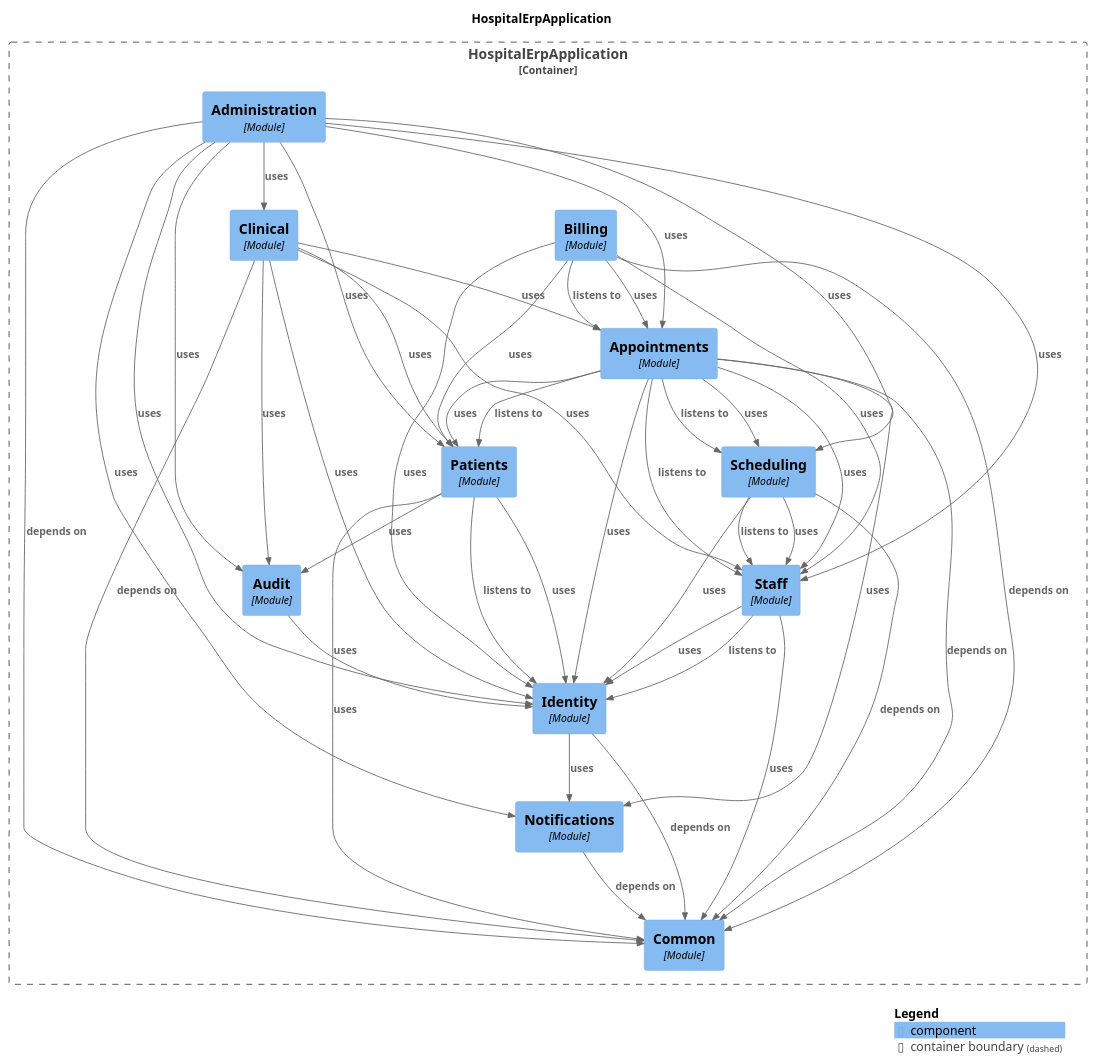
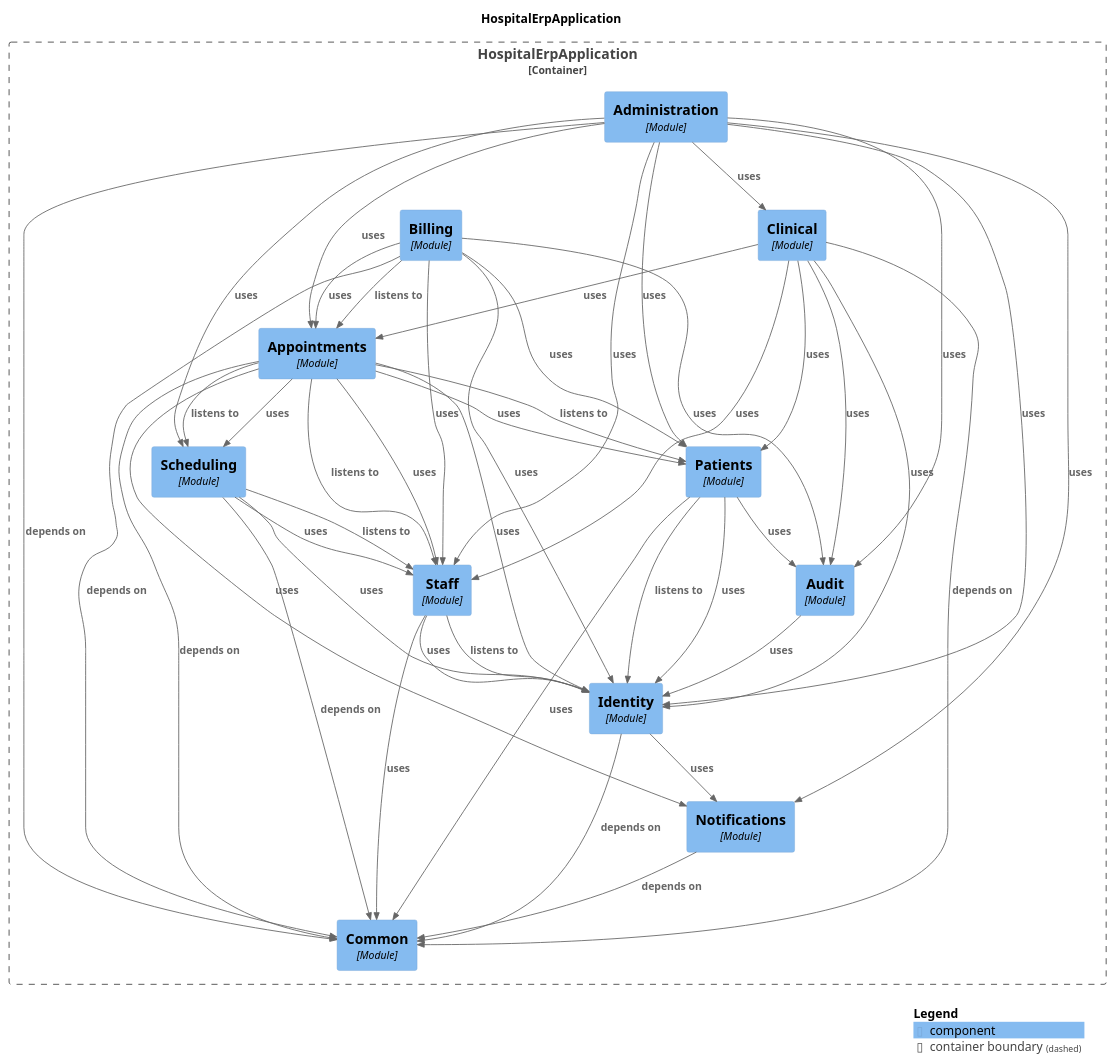
The diagram in docs/modules/components.puml (harshsharma5720/HospitalERP), drawn with PlantUML before and after one commit. The commit also changed 27 other files, not shown here.

```diff
--- a/docs/modules/components.puml
+++ b/docs/modules/components.puml
@@ -1,72 +1,73 @@
 @startuml
 set separator none
 title HospitalErpApplication
 
 top to bottom direction
 
 !include <C4/C4>
 !include <C4/C4_Context>
 !include <C4/C4_Component>
 
 Container_Boundary("HospitalErpApplication.HospitalErpApplication_boundary", "HospitalErpApplication", $tags="") {
   Component(HospitalErpApplication.HospitalErpApplication.Appointments, "Appointments", $techn="Module", $descr="", $tags="", $link="")
   Component(HospitalErpApplication.HospitalErpApplication.Billing, "Billing", $techn="Module", $descr="", $tags="", $link="")
   Component(HospitalErpApplication.HospitalErpApplication.Clinical, "Clinical", $techn="Module", $descr="", $tags="", $link="")
   Component(HospitalErpApplication.HospitalErpApplication.Administration, "Administration", $techn="Module", $descr="", $tags="", $link="")
   Component(HospitalErpApplication.HospitalErpApplication.Common, "Common", $techn="Module", $descr="", $tags="", $link="")
   Component(HospitalErpApplication.HospitalErpApplication.Notifications, "Notifications", $techn="Module", $descr="", $tags="", $link="")
   Component(HospitalErpApplication.HospitalErpApplication.Identity, "Identity", $techn="Module", $descr="", $tags="", $link="")
   Component(HospitalErpApplication.HospitalErpApplication.Audit, "Audit", $techn="Module", $descr="", $tags="", $link="")
   Component(HospitalErpApplication.HospitalErpApplication.Staff, "Staff", $techn="Module", $descr="", $tags="", $link="")
   Component(HospitalErpApplication.HospitalErpApplication.Patients, "Patients", $techn="Module", $descr="", $tags="", $link="")
   Component(HospitalErpApplication.HospitalErpApplication.Scheduling, "Scheduling", $techn="Module", $descr="", $tags="", $link="")
 }
 
+Rel(HospitalErpApplication.HospitalErpApplication.Identity, HospitalErpApplication.HospitalErpApplication.Common, "depends on", $techn="", $tags="", $link="")
+Rel(HospitalErpApplication.HospitalErpApplication.Identity, HospitalErpApplication.HospitalErpApplication.Notifications, "uses", $techn="", $tags="", $link="")
+Rel(HospitalErpApplication.HospitalErpApplication.Audit, HospitalErpApplication.HospitalErpApplication.Identity, "uses", $techn="", $tags="", $link="")
+Rel(HospitalErpApplication.HospitalErpApplication.Scheduling, HospitalErpApplication.HospitalErpApplication.Staff, "listens to", $techn="", $tags="", $link="")
+Rel(HospitalErpApplication.HospitalErpApplication.Scheduling, HospitalErpApplication.HospitalErpApplication.Common, "depends on", $techn="", $tags="", $link="")
+Rel(HospitalErpApplication.HospitalErpApplication.Scheduling, HospitalErpApplication.HospitalErpApplication.Staff, "uses", $techn="", $tags="", $link="")
+Rel(HospitalErpApplication.HospitalErpApplication.Scheduling, HospitalErpApplication.HospitalErpApplication.Identity, "uses", $techn="", $tags="", $link="")
+Rel(HospitalErpApplication.HospitalErpApplication.Administration, HospitalErpApplication.HospitalErpApplication.Common, "depends on", $techn="", $tags="", $link="")
+Rel(HospitalErpApplication.HospitalErpApplication.Administration, HospitalErpApplication.HospitalErpApplication.Identity, "uses", $techn="", $tags="", $link="")
+Rel(HospitalErpApplication.HospitalErpApplication.Administration, HospitalErpApplication.HospitalErpApplication.Patients, "uses", $techn="", $tags="", $link="")
+Rel(HospitalErpApplication.HospitalErpApplication.Administration, HospitalErpApplication.HospitalErpApplication.Staff, "uses", $techn="", $tags="", $link="")
+Rel(HospitalErpApplication.HospitalErpApplication.Administration, HospitalErpApplication.HospitalErpApplication.Audit, "uses", $techn="", $tags="", $link="")
+Rel(HospitalErpApplication.HospitalErpApplication.Administration, HospitalErpApplication.HospitalErpApplication.Appointments, "uses", $techn="", $tags="", $link="")
+Rel(HospitalErpApplication.HospitalErpApplication.Administration, HospitalErpApplication.HospitalErpApplication.Notifications, "uses", $techn="", $tags="", $link="")
+Rel(HospitalErpApplication.HospitalErpApplication.Administration, HospitalErpApplication.HospitalErpApplication.Clinical, "uses", $techn="", $tags="", $link="")
+Rel(HospitalErpApplication.HospitalErpApplication.Administration, HospitalErpApplication.HospitalErpApplication.Scheduling, "uses", $techn="", $tags="", $link="")
+Rel(HospitalErpApplication.HospitalErpApplication.Notifications, HospitalErpApplication.HospitalErpApplication.Common, "depends on", $techn="", $tags="", $link="")
 Rel(HospitalErpApplication.HospitalErpApplication.Staff, HospitalErpApplication.HospitalErpApplication.Identity, "listens to", $techn="", $tags="", $link="")
 Rel(HospitalErpApplication.HospitalErpApplication.Staff, HospitalErpApplication.HospitalErpApplication.Identity, "uses", $techn="", $tags="", $link="")
 Rel(HospitalErpApplication.HospitalErpApplication.Staff, HospitalErpApplication.HospitalErpApplication.Common, "uses", $techn="", $tags="", $link="")
-Rel(HospitalErpApplication.HospitalErpApplication.Audit, HospitalErpApplication.HospitalErpApplication.Identity, "uses", $techn="", $tags="", $link="")
-Rel(HospitalErpApplication.HospitalErpApplication.Billing, HospitalErpApplication.HospitalErpApplication.Appointments, "listens to", $techn="", $tags="", $link="")
-Rel(HospitalErpApplication.HospitalErpApplication.Billing, HospitalErpApplication.HospitalErpApplication.Common, "depends on", $techn="", $tags="", $link="")
-Rel(HospitalErpApplication.HospitalErpApplication.Billing, HospitalErpApplication.HospitalErpApplication.Identity, "uses", $techn="", $tags="", $link="")
-Rel(HospitalErpApplication.HospitalErpApplication.Billing, HospitalErpApplication.HospitalErpApplication.Appointments, "uses", $techn="", $tags="", $link="")
-Rel(HospitalErpApplication.HospitalErpApplication.Billing, HospitalErpApplication.HospitalErpApplication.Staff, "uses", $techn="", $tags="", $link="")
-Rel(HospitalErpApplication.HospitalErpApplication.Billing, HospitalErpApplication.HospitalErpApplication.Patients, "uses", $techn="", $tags="", $link="")
-Rel(HospitalErpApplication.HospitalErpApplication.Notifications, HospitalErpApplication.HospitalErpApplication.Common, "depends on", $techn="", $tags="", $link="")
-Rel(HospitalErpApplication.HospitalErpApplication.Patients, HospitalErpApplication.HospitalErpApplication.Identity, "listens to", $techn="", $tags="", $link="")
-Rel(HospitalErpApplication.HospitalErpApplication.Patients, HospitalErpApplication.HospitalErpApplication.Identity, "uses", $techn="", $tags="", $link="")
-Rel(HospitalErpApplication.HospitalErpApplication.Patients, HospitalErpApplication.HospitalErpApplication.Common, "uses", $techn="", $tags="", $link="")
-Rel(HospitalErpApplication.HospitalErpApplication.Patients, HospitalErpApplication.HospitalErpApplication.Audit, "uses", $techn="", $tags="", $link="")
 Rel(HospitalErpApplication.HospitalErpApplication.Appointments, HospitalErpApplication.HospitalErpApplication.Staff, "listens to", $techn="", $tags="", $link="")
 Rel(HospitalErpApplication.HospitalErpApplication.Appointments, HospitalErpApplication.HospitalErpApplication.Patients, "listens to", $techn="", $tags="", $link="")
 Rel(HospitalErpApplication.HospitalErpApplication.Appointments, HospitalErpApplication.HospitalErpApplication.Scheduling, "listens to", $techn="", $tags="", $link="")
 Rel(HospitalErpApplication.HospitalErpApplication.Appointments, HospitalErpApplication.HospitalErpApplication.Common, "depends on", $techn="", $tags="", $link="")
 Rel(HospitalErpApplication.HospitalErpApplication.Appointments, HospitalErpApplication.HospitalErpApplication.Patients, "uses", $techn="", $tags="", $link="")
 Rel(HospitalErpApplication.HospitalErpApplication.Appointments, HospitalErpApplication.HospitalErpApplication.Staff, "uses", $techn="", $tags="", $link="")
 Rel(HospitalErpApplication.HospitalErpApplication.Appointments, HospitalErpApplication.HospitalErpApplication.Scheduling, "uses", $techn="", $tags="", $link="")
 Rel(HospitalErpApplication.HospitalErpApplication.Appointments, HospitalErpApplication.HospitalErpApplication.Identity, "uses", $techn="", $tags="", $link="")
 Rel(HospitalErpApplication.HospitalErpApplication.Appointments, HospitalErpApplication.HospitalErpApplication.Notifications, "uses", $techn="", $tags="", $link="")
+Rel(HospitalErpApplication.HospitalErpApplication.Billing, HospitalErpApplication.HospitalErpApplication.Appointments, "listens to", $techn="", $tags="", $link="")
+Rel(HospitalErpApplication.HospitalErpApplication.Billing, HospitalErpApplication.HospitalErpApplication.Common, "depends on", $techn="", $tags="", $link="")
+Rel(HospitalErpApplication.HospitalErpApplication.Billing, HospitalErpApplication.HospitalErpApplication.Identity, "uses", $techn="", $tags="", $link="")
+Rel(HospitalErpApplication.HospitalErpApplication.Billing, HospitalErpApplication.HospitalErpApplication.Appointments, "uses", $techn="", $tags="", $link="")
+Rel(HospitalErpApplication.HospitalErpApplication.Billing, HospitalErpApplication.HospitalErpApplication.Audit, "uses", $techn="", $tags="", $link="")
+Rel(HospitalErpApplication.HospitalErpApplication.Billing, HospitalErpApplication.HospitalErpApplication.Staff, "uses", $techn="", $tags="", $link="")
+Rel(HospitalErpApplication.HospitalErpApplication.Billing, HospitalErpApplication.HospitalErpApplication.Patients, "uses", $techn="", $tags="", $link="")
 Rel(HospitalErpApplication.HospitalErpApplication.Clinical, HospitalErpApplication.HospitalErpApplication.Common, "depends on", $techn="", $tags="", $link="")
 Rel(HospitalErpApplication.HospitalErpApplication.Clinical, HospitalErpApplication.HospitalErpApplication.Appointments, "uses", $techn="", $tags="", $link="")
 Rel(HospitalErpApplication.HospitalErpApplication.Clinical, HospitalErpApplication.HospitalErpApplication.Staff, "uses", $techn="", $tags="", $link="")
 Rel(HospitalErpApplication.HospitalErpApplication.Clinical, HospitalErpApplication.HospitalErpApplication.Patients, "uses", $techn="", $tags="", $link="")
 Rel(HospitalErpApplication.HospitalErpApplication.Clinical, HospitalErpApplication.HospitalErpApplication.Identity, "uses", $techn="", $tags="", $link="")
 Rel(HospitalErpApplication.HospitalErpApplication.Clinical, HospitalErpApplication.HospitalErpApplication.Audit, "uses", $techn="", $tags="", $link="")
-Rel(HospitalErpApplication.HospitalErpApplication.Administration, HospitalErpApplication.HospitalErpApplication.Common, "depends on", $techn="", $tags="", $link="")
-Rel(HospitalErpApplication.HospitalErpApplication.Administration, HospitalErpApplication.HospitalErpApplication.Identity, "uses", $techn="", $tags="", $link="")
-Rel(HospitalErpApplication.HospitalErpApplication.Administration, HospitalErpApplication.HospitalErpApplication.Patients, "uses", $techn="", $tags="", $link="")
-Rel(HospitalErpApplication.HospitalErpApplication.Administration, HospitalErpApplication.HospitalErpApplication.Staff, "uses", $techn="", $tags="", $link="")
-Rel(HospitalErpApplication.HospitalErpApplication.Administration, HospitalErpApplication.HospitalErpApplication.Audit, "uses", $techn="", $tags="", $link="")
-Rel(HospitalErpApplication.HospitalErpApplication.Administration, HospitalErpApplication.HospitalErpApplication.Appointments, "uses", $techn="", $tags="", $link="")
-Rel(HospitalErpApplication.HospitalErpApplication.Administration, HospitalErpApplication.HospitalErpApplication.Notifications, "uses", $techn="", $tags="", $link="")
-Rel(HospitalErpApplication.HospitalErpApplication.Administration, HospitalErpApplication.HospitalErpApplication.Clinical, "uses", $techn="", $tags="", $link="")
-Rel(HospitalErpApplication.HospitalErpApplication.Administration, HospitalErpApplication.HospitalErpApplication.Scheduling, "uses", $techn="", $tags="", $link="")
-Rel(HospitalErpApplication.HospitalErpApplication.Scheduling, HospitalErpApplication.HospitalErpApplication.Staff, "listens to", $techn="", $tags="", $link="")
-Rel(HospitalErpApplication.HospitalErpApplication.Scheduling, HospitalErpApplication.HospitalErpApplication.Common, "depends on", $techn="", $tags="", $link="")
-Rel(HospitalErpApplication.HospitalErpApplication.Scheduling, HospitalErpApplication.HospitalErpApplication.Staff, "uses", $techn="", $tags="", $link="")
-Rel(HospitalErpApplication.HospitalErpApplication.Scheduling, HospitalErpApplication.HospitalErpApplication.Identity, "uses", $techn="", $tags="", $link="")
-Rel(HospitalErpApplication.HospitalErpApplication.Identity, HospitalErpApplication.HospitalErpApplication.Common, "depends on", $techn="", $tags="", $link="")
-Rel(HospitalErpApplication.HospitalErpApplication.Identity, HospitalErpApplication.HospitalErpApplication.Notifications, "uses", $techn="", $tags="", $link="")
+Rel(HospitalErpApplication.HospitalErpApplication.Patients, HospitalErpApplication.HospitalErpApplication.Identity, "listens to", $techn="", $tags="", $link="")
+Rel(HospitalErpApplication.HospitalErpApplication.Patients, HospitalErpApplication.HospitalErpApplication.Identity, "uses", $techn="", $tags="", $link="")
+Rel(HospitalErpApplication.HospitalErpApplication.Patients, HospitalErpApplication.HospitalErpApplication.Common, "uses", $techn="", $tags="", $link="")
+Rel(HospitalErpApplication.HospitalErpApplication.Patients, HospitalErpApplication.HospitalErpApplication.Audit, "uses", $techn="", $tags="", $link="")
 
 SHOW_LEGEND(true)
 @enduml
```
